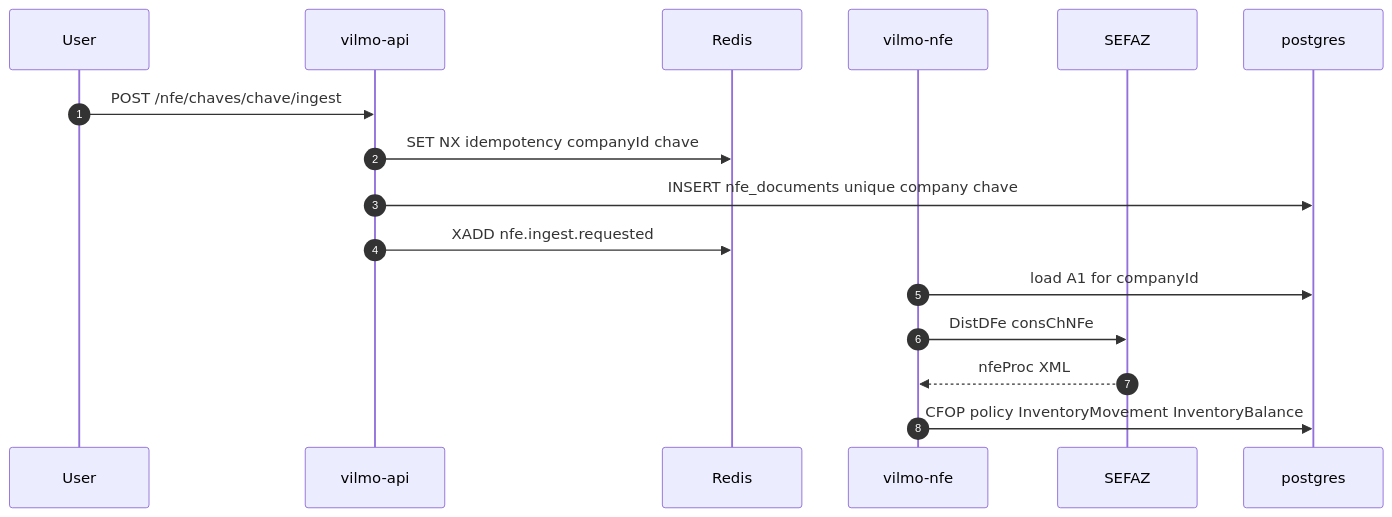
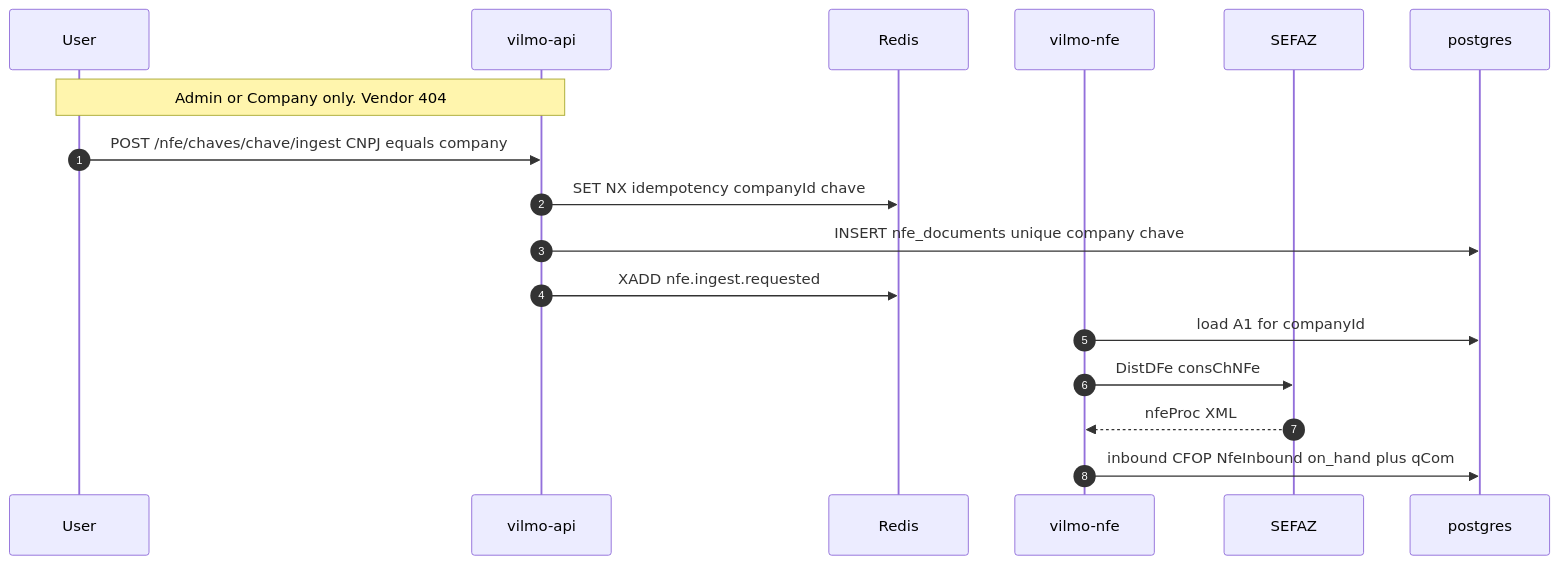
Before and after one commit to andrevilmo/VilmoMarketingEngine: the diagram in MD/architecture/arch_06_seq_nfe_ingest.mmd, drawn with Mermaid. The commit also changed 13 other files, not shown here.

First line of the commit message:
docs: plan company stock, sale price, and NF-e ingest

```diff
--- a/MD/architecture/arch_06_seq_nfe_ingest.mmd
+++ b/MD/architecture/arch_06_seq_nfe_ingest.mmd
@@ -1,17 +1,18 @@
 sequenceDiagram
   autonumber
   participant User
   participant Api as vilmo-api
   participant Redis
   participant Nfe as vilmo-nfe
   participant Sefaz as SEFAZ
   participant Pg as postgres
 
-  User->>Api: POST /nfe/chaves/chave/ingest
+  Note over User,Api: Admin or Company only. Vendor 404
+  User->>Api: POST /nfe/chaves/chave/ingest CNPJ equals company
   Api->>Redis: SET NX idempotency companyId chave
   Api->>Pg: INSERT nfe_documents unique company chave
   Api->>Redis: XADD nfe.ingest.requested
   Nfe->>Pg: load A1 for companyId
   Nfe->>Sefaz: DistDFe consChNFe
   Sefaz-->>Nfe: nfeProc XML
-  Nfe->>Pg: CFOP policy InventoryMovement InventoryBalance
+  Nfe->>Pg: inbound CFOP NfeInbound on_hand plus qCom
```
